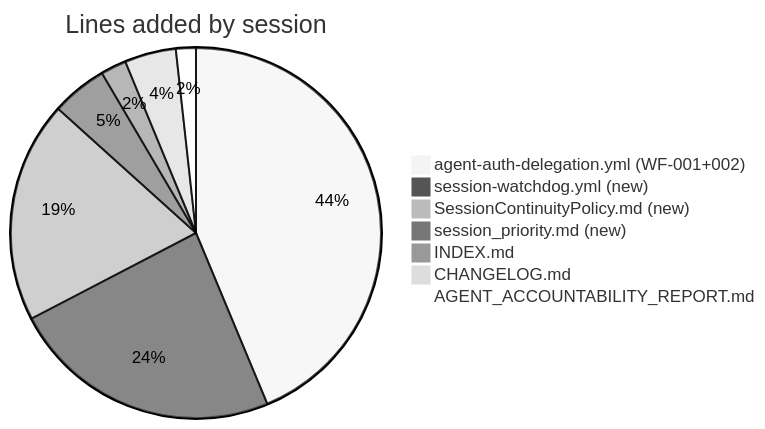
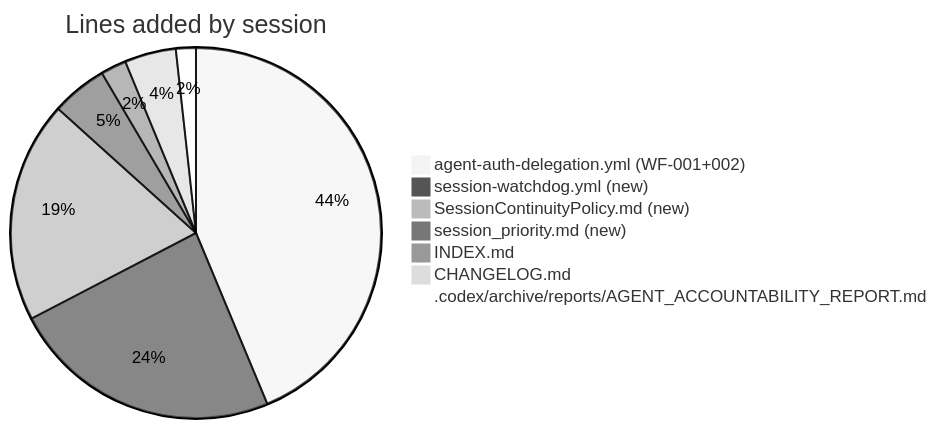
Before and after one commit to Aries-Serpent/_codex_: the sixth of 6 diagrams in .codex/docs/S116g_TO_S116i_CHANGE_MAP.md, drawn with Mermaid (neutral theme). The commit also changed other lines of this file and 1343 other files, not shown here.

````diff
--- a/.codex/docs/S116g_TO_S116i_CHANGE_MAP.md
+++ b/.codex/docs/S116g_TO_S116i_CHANGE_MAP.md
@@ -231,10 +231,10 @@
 ```mermaid
 pie title Lines added by session
     "agent-auth-delegation.yml (WF-001+002)" : 351
     "session-watchdog.yml (new)" : 190
     "SessionContinuityPolicy.md (new)" : 155
     "session_priority.md (new)" : 39
     "INDEX.md" : 18
     "CHANGELOG.md" : 36
-    "AGENT_ACCOUNTABILITY_REPORT.md" : 14
+    ".codex/archive/reports/AGENT_ACCOUNTABILITY_REPORT.md" : 14
 ```
````
